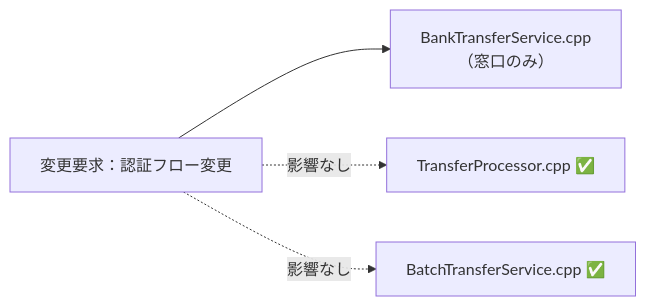
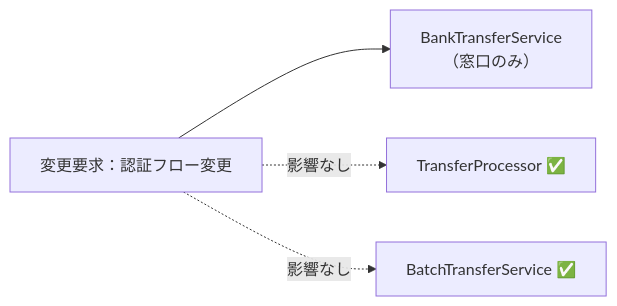
One commit to kumachan1101-pixel/DesignPattern changed the fourth of 5 diagrams in kindle/design-patterns/output/chapter02.md. Above: the diagram before and after it, drawn with Mermaid. The commit also changed other lines of this file and 8 other files, not shown here.

````diff
--- a/kindle/design-patterns/output/chapter02.md
+++ b/kindle/design-patterns/output/chapter02.md
@@ -857,6 +855,6 @@
 ```mermaid
 graph LR
-    T1["変更要求：認証フロー変更"] --> F1["BankTransferService.cpp<br>（窓口のみ）"]
-    T1 -. "影響なし" .-> A["TransferProcessor.cpp ✅"]
-    T1 -. "影響なし" .-> B["BatchTransferService.cpp ✅"]
+    T1["変更要求：認証フロー変更"] --> F1["BankTransferService<br>（窓口のみ）"]
+    T1 -. "影響なし" .-> A["TransferProcessor ✅"]
+    T1 -. "影響なし" .-> B["BatchTransferService ✅"]
 ```
````
